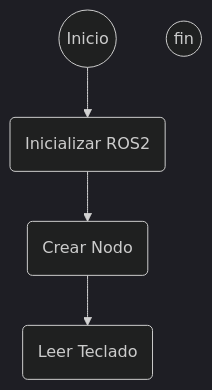
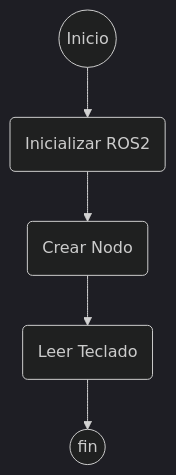
Before and after one commit to Sr0AF/Rob-tica---2025-I---Laboratorio-No.-01: the diagram in README.md, drawn with Mermaid (dark theme). The commit also changed other lines of this file, not shown here.

````diff
--- a/README.md
+++ b/README.md
@@ -9,12 +9,12 @@
 ```mermaid
 flowchart TD;
 
   setup-dev((Inicio))
   bci(Inicializar ROS2)
   nodo(Crear Nodo)
   leer(Leer Teclado)
   fin((fin))
   
 
-  setup-dev--> bci--> nodo --> leer
+  setup-dev--> bci--> nodo --> leer--> fin
 ```
````
